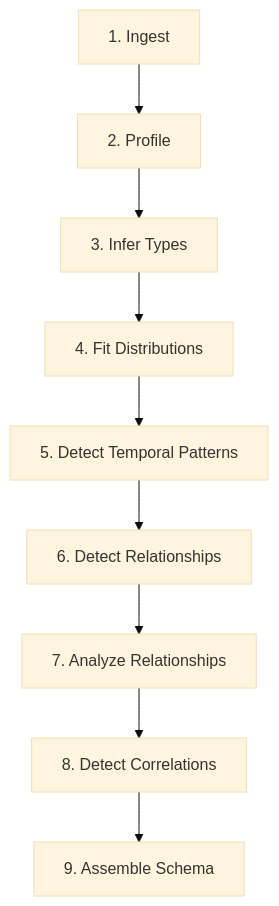
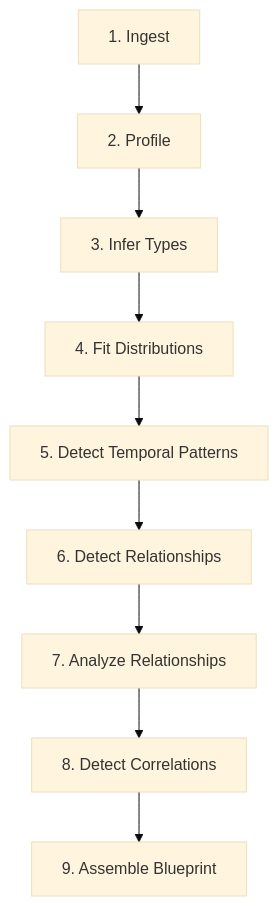
The diagram in docs/guide/learn.md (Yaming-Hub/knit), drawn with Mermaid (base theme) before and after one commit. The commit also changed other lines of this file and 99 other files, not shown here.

First line of the commit message:
refactor: rename 'schema' to 'blueprint' throughout codebase (#235)

````diff
--- a/docs/guide/learn.md
+++ b/docs/guide/learn.md
@@ -49,11 +49,11 @@
 ```mermaid
 graph TD
     A[1. Ingest] --> B[2. Profile]
     B --> C[3. Infer Types]
     C --> D[4. Fit Distributions]
     D --> E[5. Detect Temporal Patterns]
     E --> F[6. Detect Relationships]
     F --> G[7. Analyze Relationships]
     G --> H[8. Detect Correlations]
-    H --> I[9. Assemble Schema]
+    H --> I[9. Assemble Blueprint]
 ```
````
